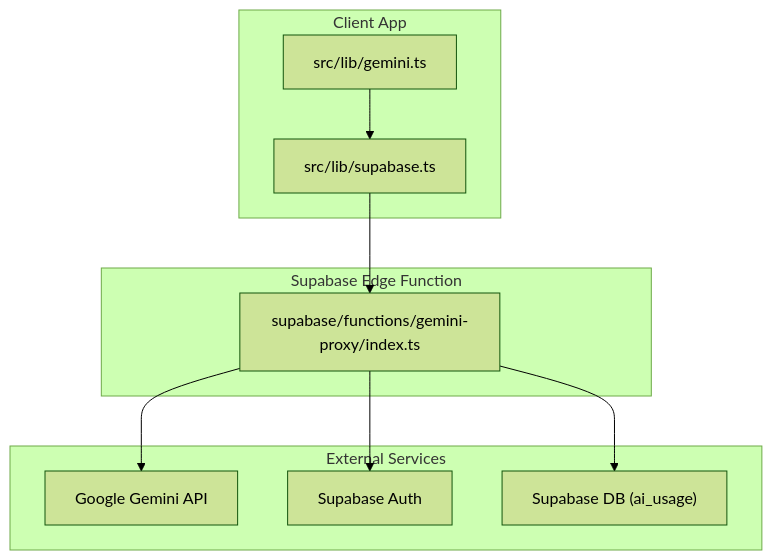
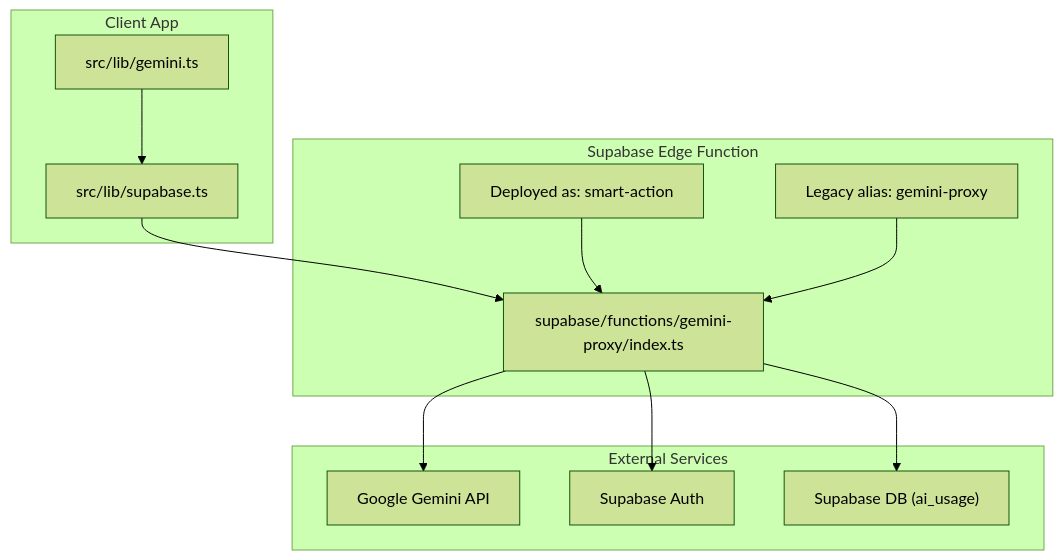
One commit to MudassarAbrar/FreshRoute-Ai changed the first of 4 diagrams in .qoder/repowiki/en/content/AI Integration/Supabase Edge Function Proxy.md. Above: the diagram before and after it, drawn with Mermaid (forest theme). The commit also changed other lines of this file and 69 other files, not shown here.

Commit message:
feat: 8-phase production remediation - state machine enforcement, anti-fabrication, GPS/OSRM routing, LangGraph agent architecture, typed marketplace tables, WhatsApp abstraction, server-side guardrails, simulation disclosure. 128 tests passing, 6 new migrations, 4 Edge Functions, 30+ new files.

````diff
--- a/.qoder/repowiki/en/content/AI Integration/Supabase Edge Function Proxy.md
+++ b/.qoder/repowiki/en/content/AI Integration/Supabase Edge Function Proxy.md
@@ -33,20 +43,24 @@
 ```mermaid
 graph TB
 subgraph "Client App"
 A["src/lib/gemini.ts"]
 B["src/lib/supabase.ts"]
 end
 subgraph "Supabase Edge Function"
 C["supabase/functions/gemini-proxy/index.ts"]
+D["Deployed as: smart-action"]
+E["Legacy alias: gemini-proxy"]
 end
 subgraph "External Services"
-D["Google Gemini API"]
-E["Supabase Auth"]
-F["Supabase DB (ai_usage)"]
+F["Google Gemini API"]
+G["Supabase Auth"]
+H["Supabase DB (ai_usage)"]
 end
 A --> B
 B --> C
-C --> D
-C --> E
 C --> F
+C --> G
+C --> H
+D --> C
+E --> C
 ```
````
